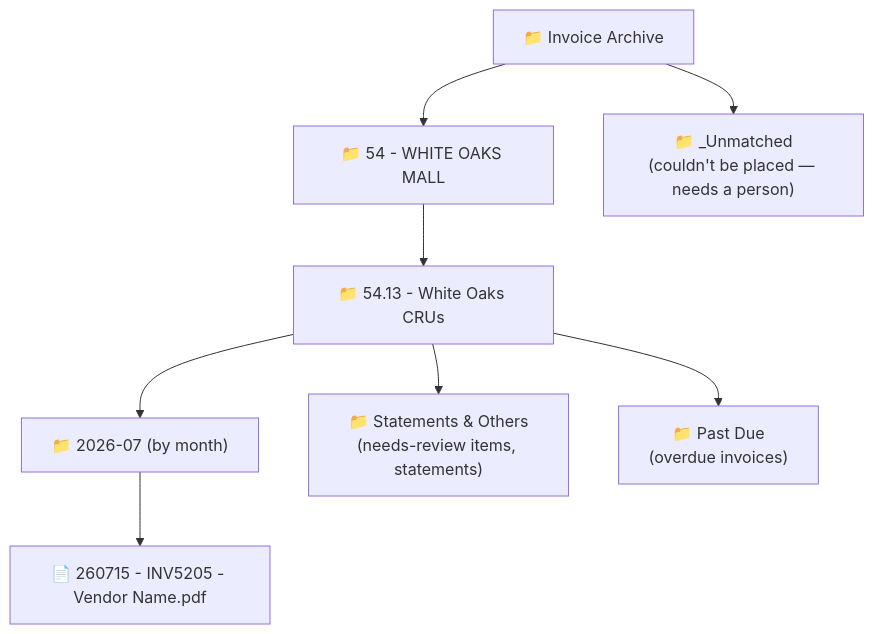
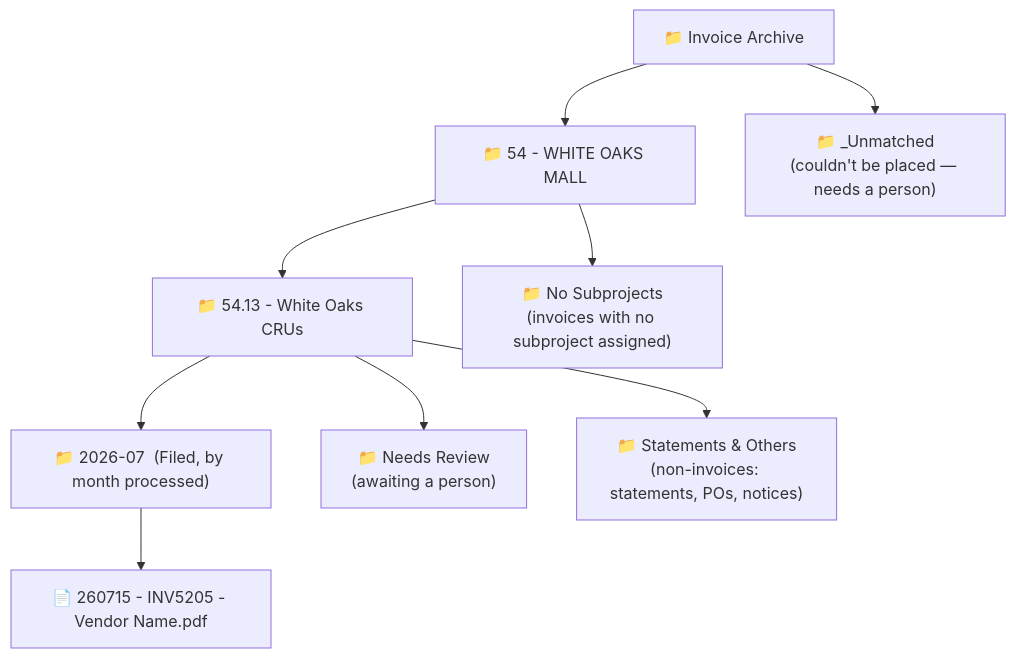
The second of 2 diagrams in README.md (CyberSamada/WCM-Invoice-Automation-), drawn with Mermaid before and after one commit. The commit also changed other lines of this file and 7 other files, not shown here.

````diff
--- a/README.md
+++ b/README.md
@@ -45,10 +45,11 @@
 ```mermaid
 flowchart TD
     R["📁 Invoice Archive"] --> P["📁 54 - WHITE OAKS MALL"]
     P --> S["📁 54.13 - White Oaks CRUs"]
-    S --> M["📁 2026-07  (by month)"]
+    P --> NS["📁 No Subprojects<br/>(invoices with no subproject assigned)"]
+    S --> M["📁 2026-07  (Filed, by month processed)"]
     M --> F["📄 260715 - INV5205 - Vendor Name.pdf"]
-    S --> ST["📁 Statements &amp; Others<br/>(needs-review items, statements)"]
-    S --> PD["📁 Past Due<br/>(overdue invoices)"]
+    S --> NR["📁 Needs Review<br/>(awaiting a person)"]
+    S --> ST["📁 Statements &amp; Others<br/>(non-invoices: statements, POs, notices)"]
     R --> U["📁 _Unmatched<br/>(couldn't be placed — needs a person)"]
 ```
````
